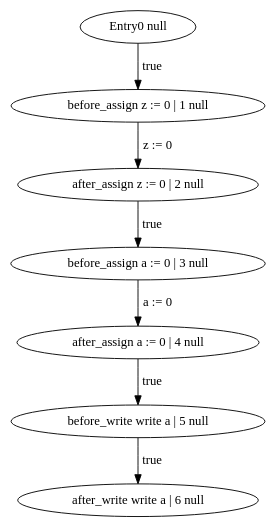
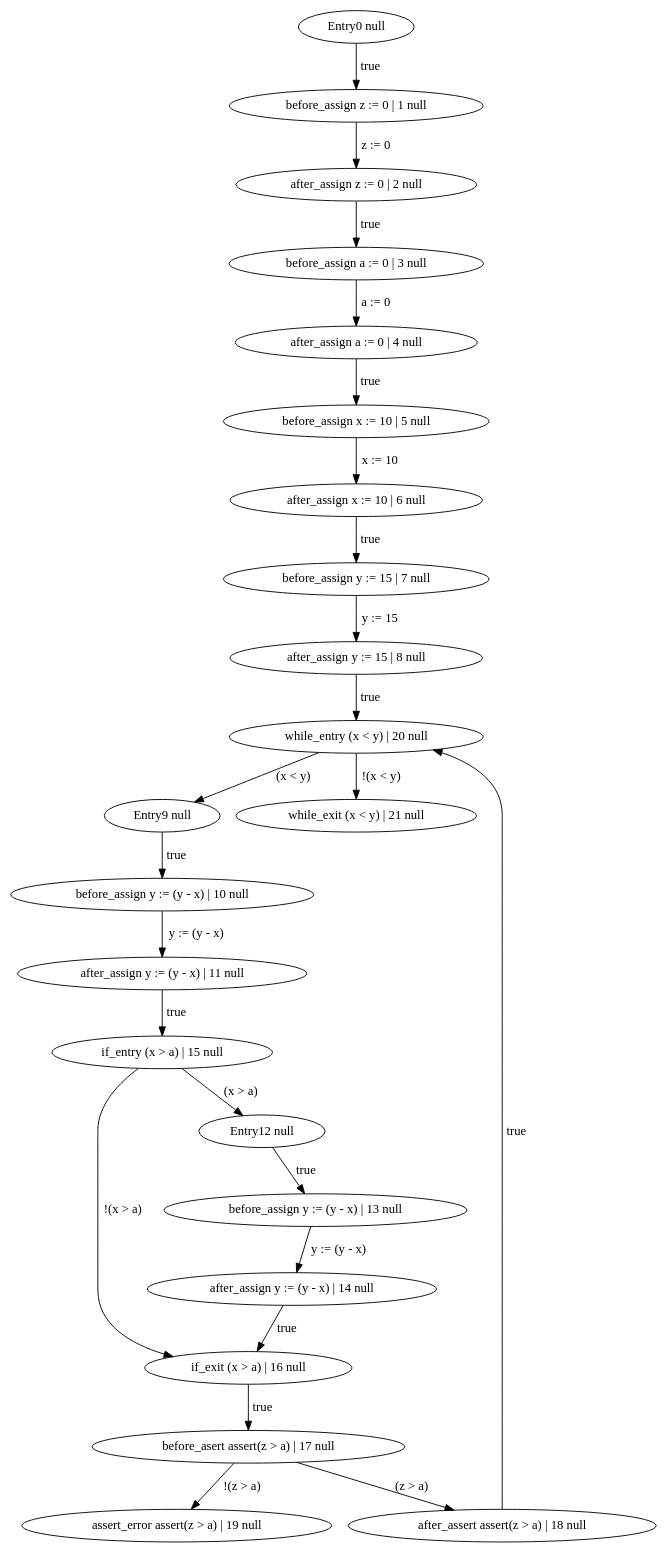
Before and after one commit to mike1796/TP_SAP: the diagram in examples/testmicka.ff.dot, drawn with Graphviz. The commit also changed 1 other file, not shown here.

```diff
--- a/examples/testmicka.ff.dot
+++ b/examples/testmicka.ff.dot
@@ -1,16 +1,48 @@
 digraph g {
 "Entry0 null"->"before_assign z := 0 | 1 null"[label="true"]
 
 "before_assign z := 0 | 1 null"->"after_assign z := 0 | 2 null"[label="z := 0"]
 
 "after_assign z := 0 | 2 null"->"before_assign a := 0 | 3 null"[label="true"]
 
 "before_assign a := 0 | 3 null"->"after_assign a := 0 | 4 null"[label="a := 0"]
 
-"after_assign a := 0 | 4 null"->"before_write write a | 5 null"[label="true"]
+"after_assign a := 0 | 4 null"->"before_assign x := 10 | 5 null"[label="true"]
 
-"before_write write a | 5 null"->"after_write write a | 6 null"[label="true"]
+"before_assign x := 10 | 5 null"->"after_assign x := 10 | 6 null"[label="x := 10"]
+
+"after_assign x := 10 | 6 null"->"before_assign y := 15 | 7 null"[label="true"]
+
+"before_assign y := 15 | 7 null"->"after_assign y := 15 | 8 null"[label="y := 15"]
+
+"after_assign y := 15 | 8 null"->"while_entry (x < y) | 20 null"[label="true"]
+
+"while_entry (x < y) | 20 null"->"Entry9 null"[label="(x < y)"]
+"while_entry (x < y) | 20 null"->"while_exit (x < y) | 21 null"[label="!(x < y)"]
+
+"Entry9 null"->"before_assign y := (y - x) | 10 null"[label="true"]
+
+"before_assign y := (y - x) | 10 null"->"after_assign y := (y - x) | 11 null"[label="y := (y - x)"]
+
+"after_assign y := (y - x) | 11 null"->"if_entry (x > a) | 15 null"[label="true"]
+
+"if_entry (x > a) | 15 null"->"Entry12 null"[label="(x > a)"]
+"if_entry (x > a) | 15 null"->"if_exit (x > a) | 16 null"[label="!(x > a)"]
+
+"Entry12 null"->"before_assign y := (y - x) | 13 null"[label="true"]
+
+"before_assign y := (y - x) | 13 null"->"after_assign y := (y - x) | 14 null"[label="y := (y - x)"]
+
+"after_assign y := (y - x) | 14 null"->"if_exit (x > a) | 16 null"[label="true"]
+
+"if_exit (x > a) | 16 null"->"before_asert assert(z > a) | 17 null"[label="true"]
+
+"before_asert assert(z > a) | 17 null"->"after_assert assert(z > a) | 18 null"[label="(z > a)"]
+"before_asert assert(z > a) | 17 null"->"assert_error assert(z > a) | 19 null"[label="!(z > a)"]
+
+
+"after_assert assert(z > a) | 18 null"->"while_entry (x < y) | 20 null"[label="true"]
 
 
 
 }
```
